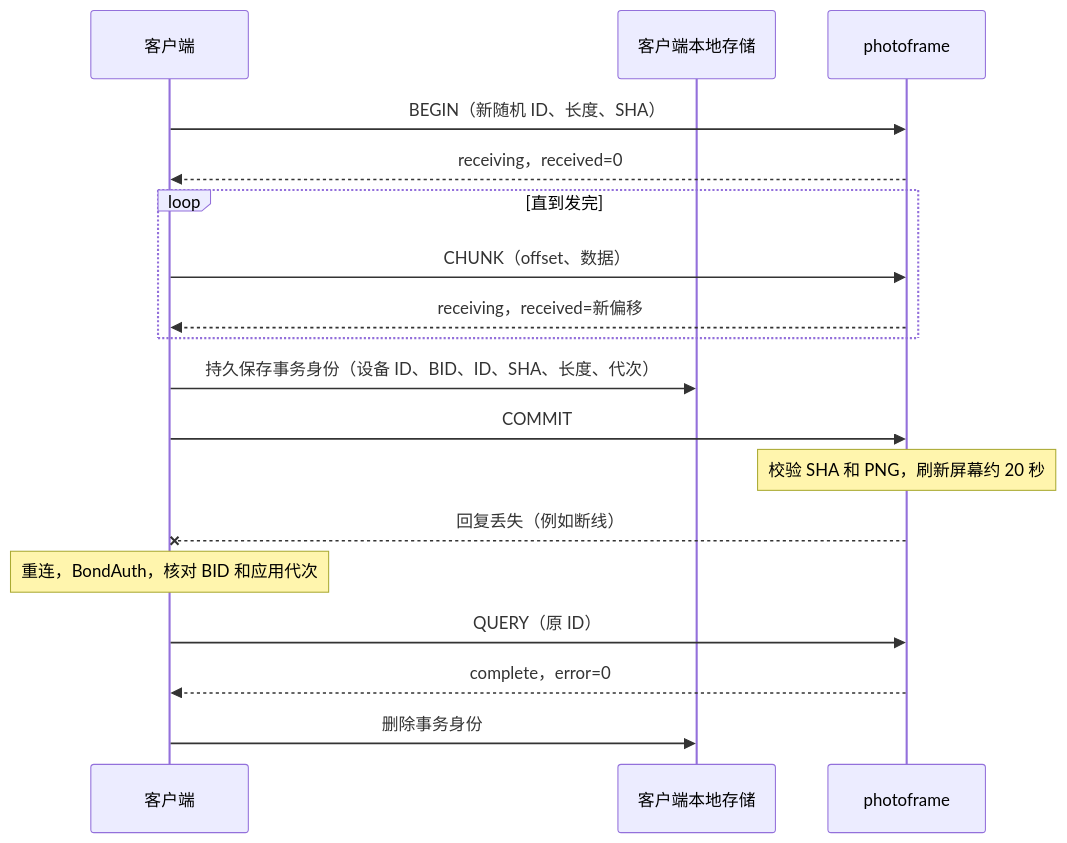
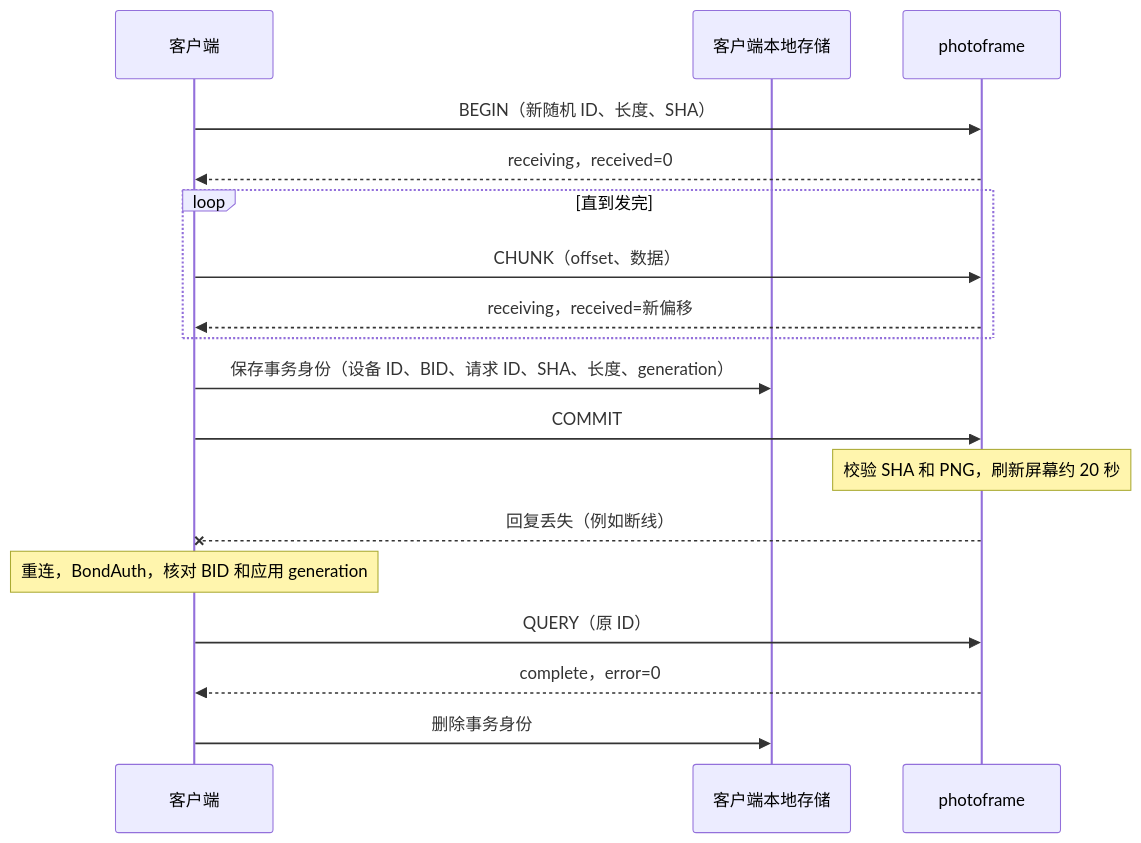
Before and after one commit to M1nt-Ch0c0/esp32s3: the fourth of 4 diagrams in docs/06-bluetooth.md, drawn with Mermaid. The commit also changed other lines of this file and 10 other files, not shown here.

````diff
--- a/docs/06-bluetooth.md
+++ b/docs/06-bluetooth.md
@@ -439,20 +456,20 @@
 ```mermaid
 sequenceDiagram
     participant C as 客户端
     participant S as 客户端本地存储
     participant F as photoframe
     C->>F: BEGIN（新随机 ID、长度、SHA）
     F-->>C: receiving，received=0
     loop 直到发完
         C->>F: CHUNK（offset、数据）
         F-->>C: receiving，received=新偏移
     end
-    C->>S: 持久保存事务身份（设备 ID、BID、ID、SHA、长度、代次）
+    C->>S: 保存事务身份（设备 ID、BID、请求 ID、SHA、长度、generation）
     C->>F: COMMIT
     Note over F: 校验 SHA 和 PNG，刷新屏幕约 20 秒
     F--xC: 回复丢失（例如断线）
-    Note over C: 重连，BondAuth，核对 BID 和应用代次
+    Note over C: 重连，BondAuth，核对 BID 和应用 generation
     C->>F: QUERY（原 ID）
     F-->>C: complete，error=0
     C->>S: 删除事务身份
 ```
````
